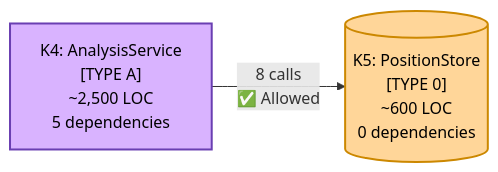
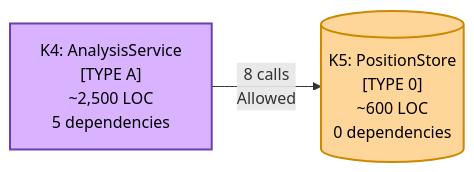
One commit to ANcpLua/Software-Architecturw changed the third of 3 diagrams in Evening 4 - Architecture Documentation/02-custom-architecture-frameworks/matemate/docs/metamodel.md. Above: the diagram before and after it, drawn with Mermaid. The commit also changed other lines of this file and 12 other files, not shown here.

````diff
--- a/Evening 4 - Architecture Documentation/02-custom-architecture-frameworks/matemate/docs/metamodel.md
+++ b/Evening 4 - Architecture Documentation/02-custom-architecture-frameworks/matemate/docs/metamodel.md
@@ -391,10 +407,8 @@
 ```mermaid
 graph LR
     K4["K4: AnalysisService<br/>[TYPE A]<br/>~2,500 LOC<br/>5 dependencies"]:::typeA_stable
     K5[("K5: PositionStore<br/>[TYPE 0]<br/>~600 LOC<br/>0 dependencies")]:::type0_stable
-
-    K4 -->|"8 calls<br/>✅ Allowed"| K5
-
+    K4 -->|"8 calls<br/>Allowed"| K5
     classDef typeA_stable fill:#D9B3FF,stroke:#6A3FB2,stroke-width:2px,color:#000
     classDef type0_stable fill:#FFD699,stroke:#CC8800,stroke-width:2px,color:#000
 ```
````
